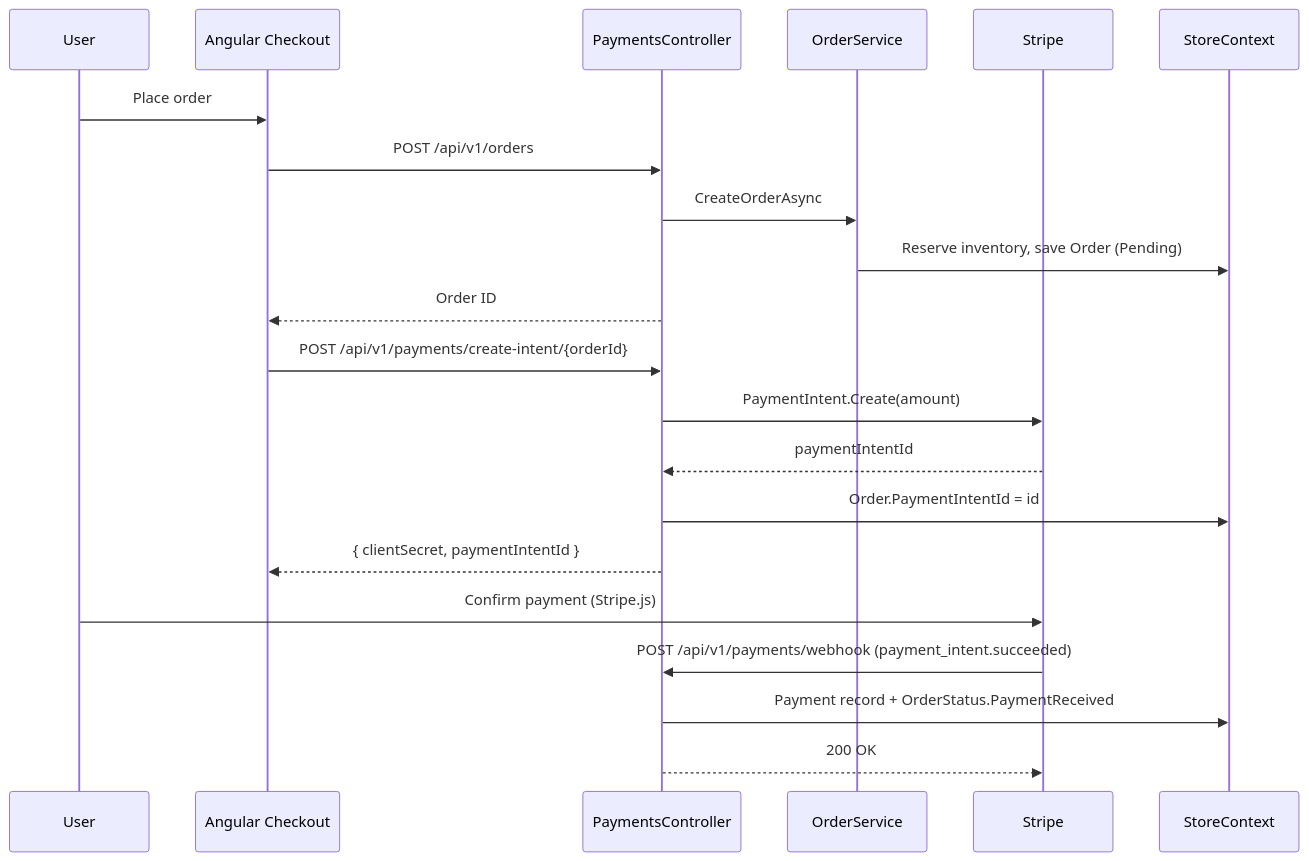
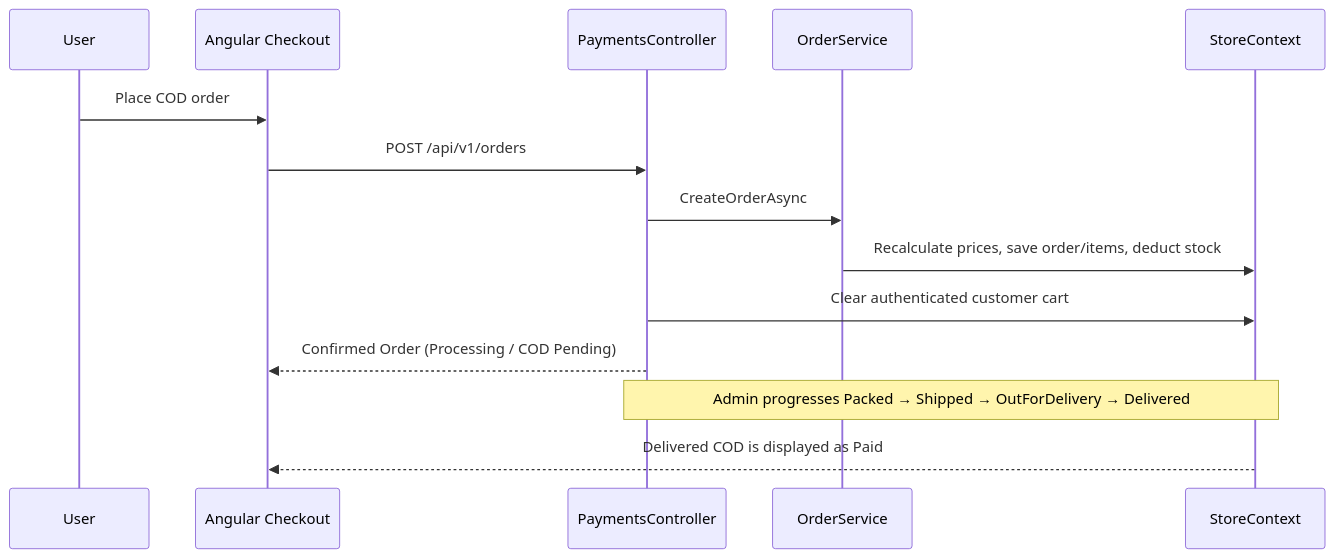
The diagram in docs/06-Payments.md (jaatvishal/nature-schakki_backend), drawn with Mermaid before and after one commit. The commit also changed other lines of this file and 14 other files, not shown here.

````diff
--- a/docs/06-Payments.md
+++ b/docs/06-Payments.md
@@ -27,26 +27,17 @@
 ```mermaid
 sequenceDiagram
     participant U as User
     participant FE as Angular Checkout
     participant API as PaymentsController
     participant OS as OrderService
-    participant S as Stripe
     participant DB as StoreContext
 
-    U->>FE: Place order
+    U->>FE: Place COD order
     FE->>API: POST /api/v1/orders
     API->>OS: CreateOrderAsync
-    OS->>DB: Reserve inventory, save Order (Pending)
-    API-->>FE: Order ID
-
-    FE->>API: POST /api/v1/payments/create-intent/{orderId}
-    API->>S: PaymentIntent.Create(amount)
-    S-->>API: paymentIntentId
-    API->>DB: Order.PaymentIntentId = id
-    API-->>FE: { clientSecret, paymentIntentId }
-
-    U->>S: Confirm payment (Stripe.js)
-    S->>API: POST /api/v1/payments/webhook (payment_intent.succeeded)
-    API->>DB: Payment record + OrderStatus.PaymentReceived
-    API-->>S: 200 OK
+    OS->>DB: Recalculate prices, save order/items, deduct stock
+    API->>DB: Clear authenticated customer cart
+    API-->>FE: Confirmed Order (Processing / COD Pending)
+    Note over API,DB: Admin progresses Packed → Shipped → OutForDelivery → Delivered
+    DB-->>FE: Delivered COD is displayed as Paid
 ```
````
